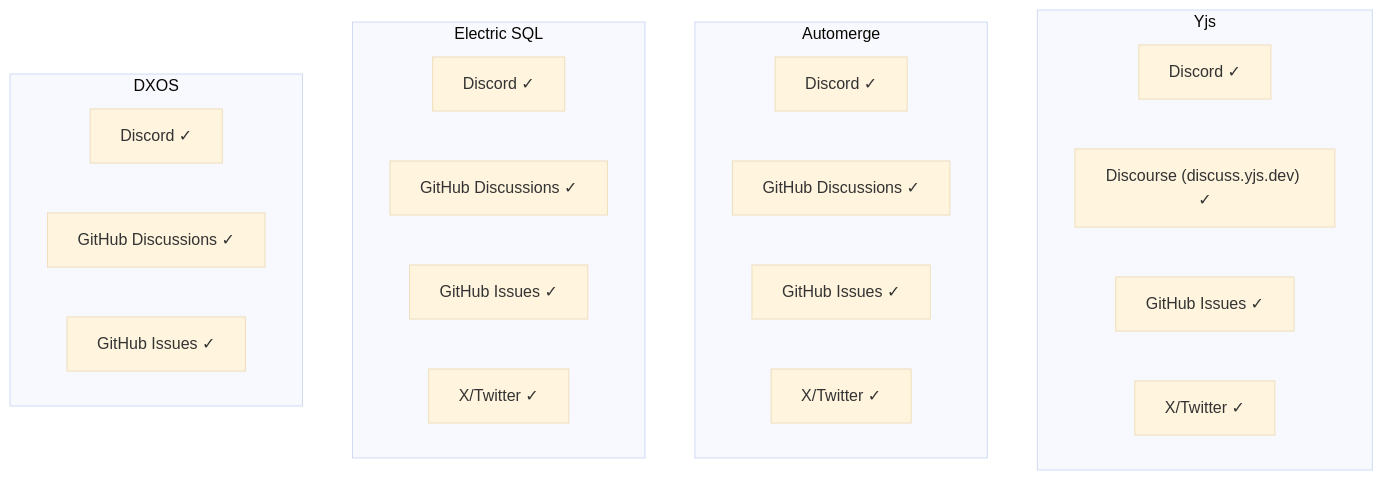
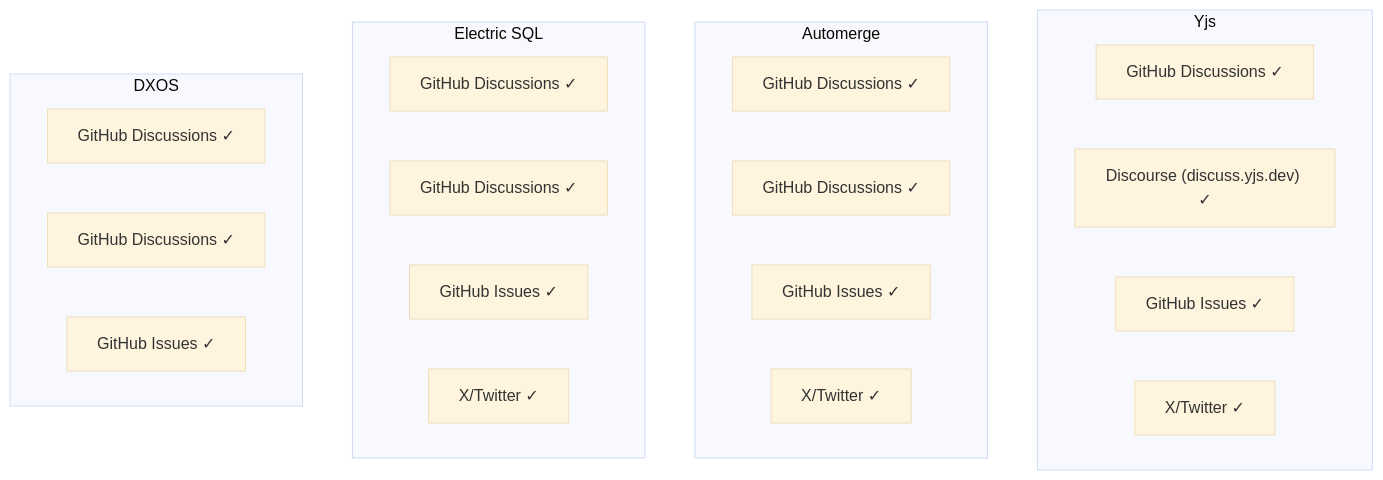
The sixth of 7 diagrams in docs/explorations/0063_[_]_COMMUNITY_TOOLS.md (crs48/xNet), drawn with Mermaid (base theme) before and after one commit. The commit also changed other lines of this file and 980 other files, not shown here.

````diff
--- a/docs/explorations/0063_[_]_COMMUNITY_TOOLS.md
+++ b/docs/explorations/0063_[_]_COMMUNITY_TOOLS.md
@@ -535,29 +535,29 @@
 ```mermaid
 flowchart TB
     subgraph "Yjs"
-        YJS_DISC["Discord ✓"]
+        YJS_DISC["GitHub Discussions ✓"]
         YJS_FORUM["Discourse (discuss.yjs.dev) ✓"]
         YJS_GH["GitHub Issues ✓"]
         YJS_X["X/Twitter ✓"]
     end
 
     subgraph "Automerge"
-        AM_DISC["Discord ✓"]
+        AM_DISC["GitHub Discussions ✓"]
         AM_GHD["GitHub Discussions ✓"]
         AM_GH["GitHub Issues ✓"]
         AM_X["X/Twitter ✓"]
     end
 
     subgraph "Electric SQL"
-        EL_DISC["Discord ✓"]
+        EL_DISC["GitHub Discussions ✓"]
         EL_GHD["GitHub Discussions ✓"]
         EL_GH["GitHub Issues ✓"]
         EL_X["X/Twitter ✓"]
     end
 
     subgraph "DXOS"
-        DX_DISC["Discord ✓"]
+        DX_DISC["GitHub Discussions ✓"]
         DX_GHD["GitHub Discussions ✓"]
         DX_GH["GitHub Issues ✓"]
     end
 ```
````
